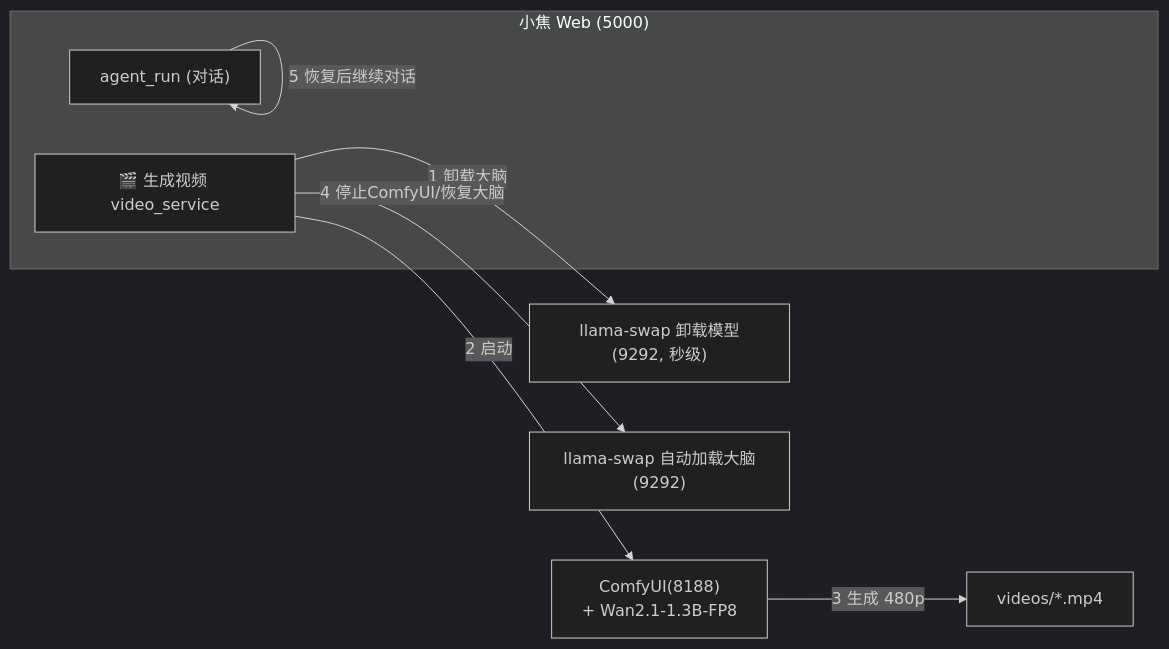
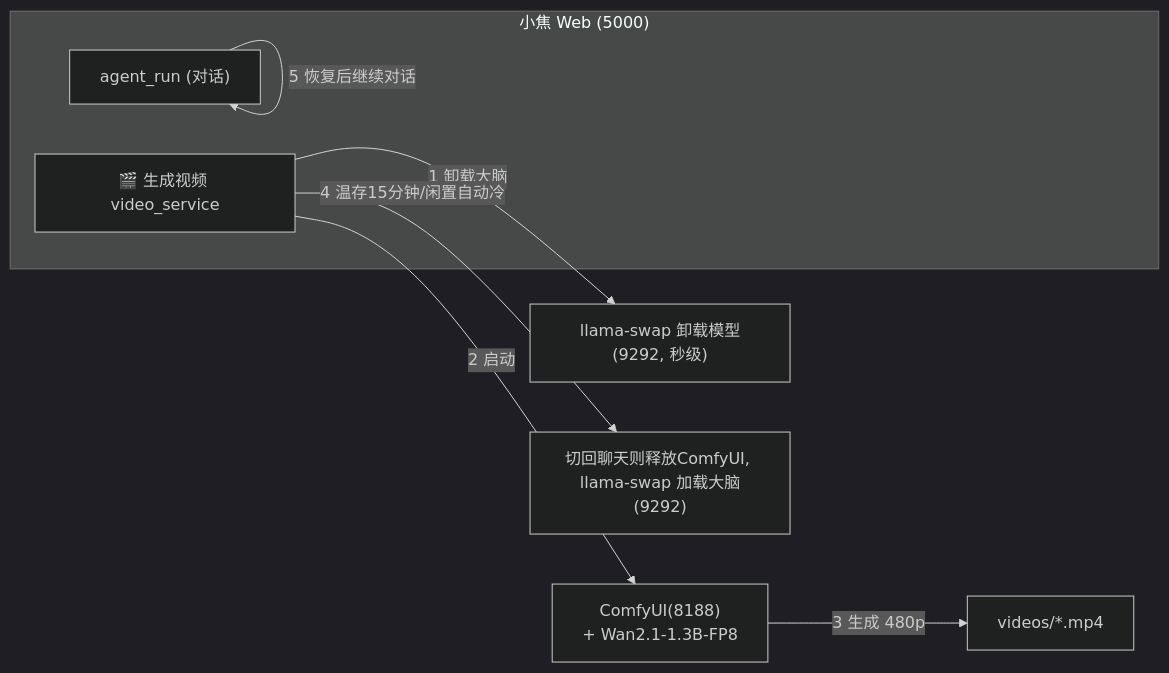
Before and after one commit to jiangchuangege/xiaojiao-harness: the diagram in docs/architecture.md, drawn with Mermaid (dark theme). The commit also changed 5 other files, not shown here.

````diff
--- a/docs/architecture.md
+++ b/docs/architecture.md
@@ -152,12 +152,12 @@
 ```mermaid
 flowchart LR
     subgraph XJ["小焦 Web (5000)"]
         A["agent_run (对话)"]
         V["🎬 生成视频 video_service"]
     end
     V -->|1 卸载大脑| STOP["llama-swap 卸载模型(9292, 秒级)"]
     V -->|2 启动| COMFY["ComfyUI(8188)<br/>+ Wan2.1-1.3B-FP8"]
     COMFY -->|3 生成 480p| OUT["videos/*.mp4"]
-    V -->|4 停止ComfyUI/恢复大脑| RESTORE["llama-swap 自动加载大脑(9292)"]
+    V -->|4 温存15分钟/闲置自动冷| RESTORE["切回聊天则释放ComfyUI, llama-swap 加载大脑(9292)"]
     A -->|5 恢复后继续对话| A
 ```
````
